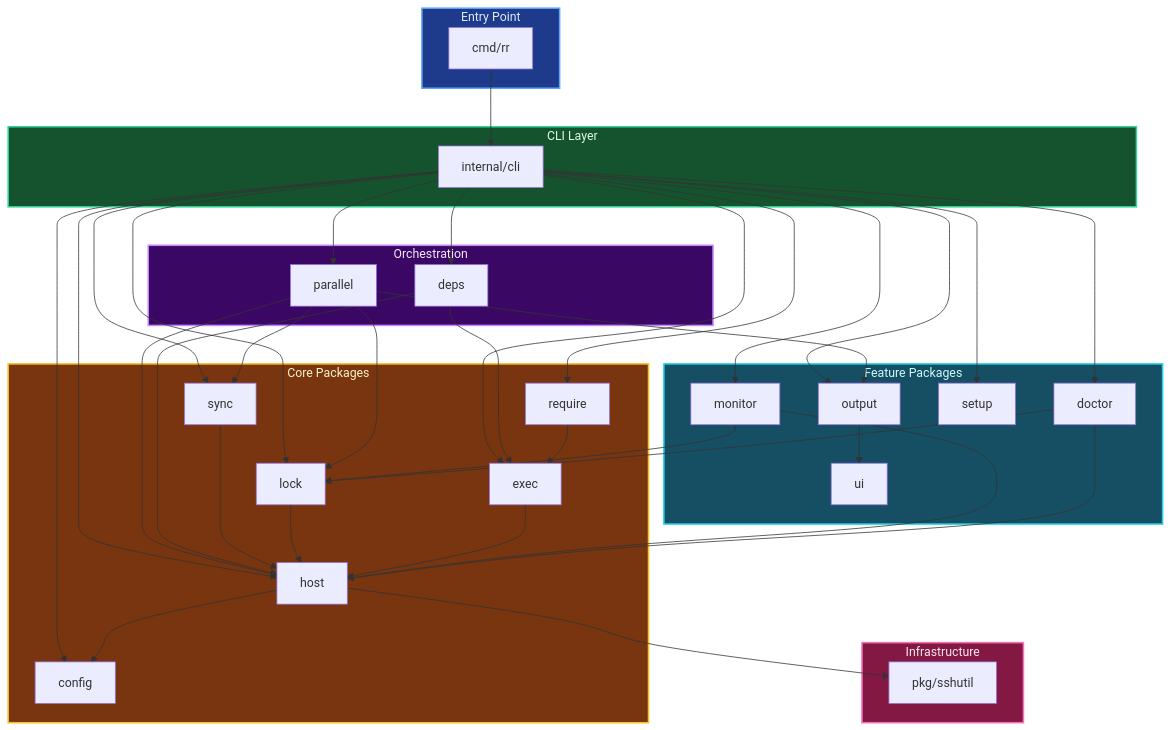
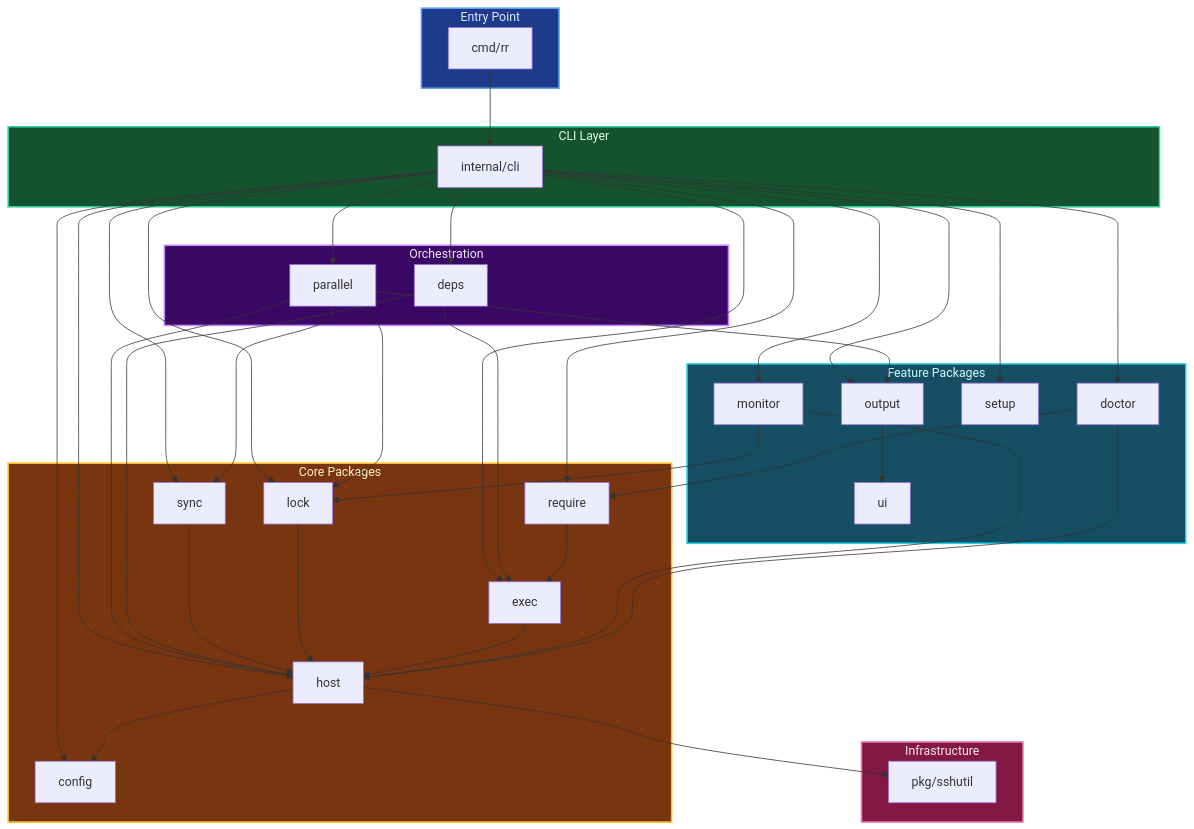
The second of 8 diagrams in docs/ARCHITECTURE.md (rileyhilliard/rr), drawn with Mermaid before and after one commit. The commit also changed other lines of this file and 78 other files, not shown here.

````diff
--- a/docs/ARCHITECTURE.md
+++ b/docs/ARCHITECTURE.md
@@ -932,77 +904,77 @@
 ```mermaid
 flowchart TB
     subgraph entry["Entry Point"]
         cmd[cmd/rr]
     end
 
     subgraph cli_layer["CLI Layer"]
         cli[internal/cli]
     end
 
     subgraph orchestration["Orchestration"]
         parallel[parallel]
         deps[deps]
     end
 
     subgraph core["Core Packages"]
         host[host]
         sync[sync]
         lock[lock]
         exec[exec]
         config[config]
         require[require]
     end
 
     subgraph features["Feature Packages"]
         monitor[monitor]
         doctor[doctor]
         setup[setup]
         output[output]
         ui[ui]
     end
 
     subgraph infra["Infrastructure"]
         sshutil[pkg/sshutil]
     end
 
     cmd --> cli
 
     cli --> parallel
     cli --> deps
     cli --> host
     cli --> sync
     cli --> lock
     cli --> exec
     cli --> config
     cli --> require
     cli --> monitor
     cli --> doctor
     cli --> setup
     cli --> output
 
     parallel --> host
     parallel --> lock
     parallel --> sync
     parallel --> output
     deps --> exec
     deps --> host
 
     host --> config
     host --> sshutil
     sync --> host
     lock --> host
     exec --> host
     require --> exec
     monitor --> host
     monitor --> lock
     doctor --> host
-    doctor --> lock
+    doctor --> require
     output --> ui
 
     style entry fill:#1e3a8a,stroke:#60a5fa,stroke-width:2px,color:#dbeafe
     style cli_layer fill:#14532d,stroke:#34d399,stroke-width:2px,color:#dcfce7
     style orchestration fill:#3b0764,stroke:#c084fc,stroke-width:2px,color:#f3e8ff
     style core fill:#78350f,stroke:#fbbf24,stroke-width:2px,color:#fef3c7
     style features fill:#164e63,stroke:#22d3ee,stroke-width:2px,color:#cffafe
     style infra fill:#831843,stroke:#f472b6,stroke-width:2px,color:#fce7f3
 ```
````
